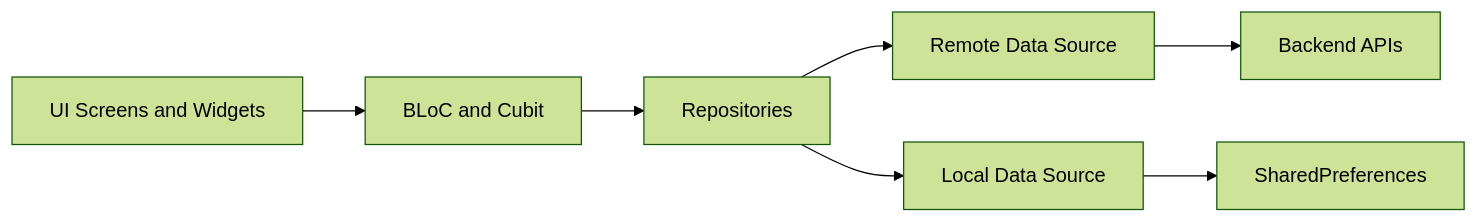
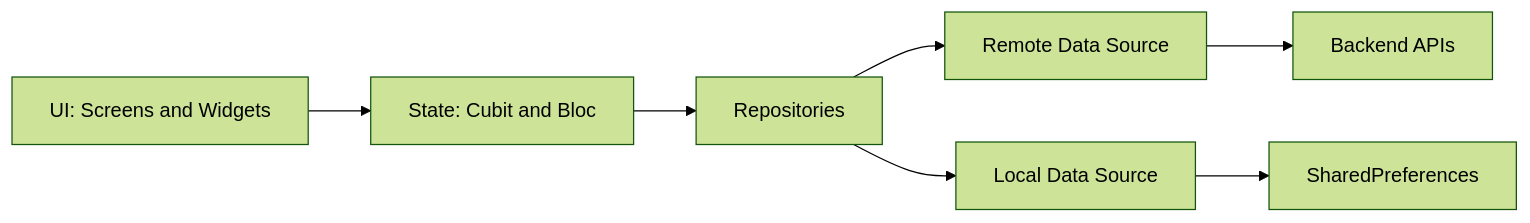
Before and after one commit to royalpandit/Oui-User: the first of 7 diagrams in README.md, drawn with Mermaid (forest theme). The commit also changed other lines of this file, not shown here.

````diff
--- a/README.md
+++ b/README.md
@@ -48,9 +67,9 @@
 ```mermaid
 flowchart LR
-	UI[UI Screens and Widgets] --> BL[BLoC and Cubit]
-	BL --> REPO[Repositories]
-	REPO --> REMOTE[Remote Data Source]
-	REPO --> LOCAL[Local Data Source]
-	REMOTE --> API[Backend APIs]
-	LOCAL --> PREFS[SharedPreferences]
+		UI[UI: Screens and Widgets] --> ST[State: Cubit and Bloc]
+		ST --> RP[Repositories]
+		RP --> RD[Remote Data Source]
+		RP --> LD[Local Data Source]
+		RD --> API[Backend APIs]
+		LD --> SP[SharedPreferences]
 ```
````
